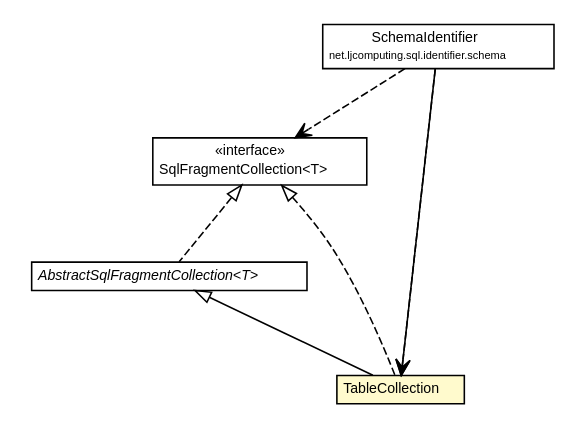
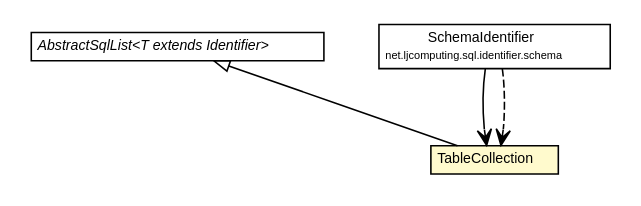
The diagram in docs/javadoc/apidocs/net/ljcomputing/sql/collection/TableCollection.dot (willmorejg/net.ljcomputing.sql), drawn with Graphviz before and after one commit. The commit also changed 195 other files, not shown here.

```diff
--- a/docs/javadoc/apidocs/net/ljcomputing/sql/collection/TableCollection.dot
+++ b/docs/javadoc/apidocs/net/ljcomputing/sql/collection/TableCollection.dot
@@ -1,50 +1,37 @@
 #!/usr/local/bin/dot
 #
 # Class diagram 
 # Generated by UMLGraph version R5_6 (http://www.umlgraph.org/)
 #
 
 digraph G {
 	edge [fontname="Helvetica",fontsize=10,labelfontname="Helvetica",labelfontsize=10];
 	node [fontname="Helvetica",fontsize=10,shape=plaintext];
 	nodesep=0.25;
 	ranksep=0.5;
-	// net.ljcomputing.sql.collection.AbstractSqlFragmentCollection<T>
-	c1133 [label=<<table title="net.ljcomputing.sql.collection.AbstractSqlFragmentCollection" border="0" cellborder="1" cellspacing="0" cellpadding="2" port="p" href="./AbstractSqlFragmentCollection.html">
+	// net.ljcomputing.sql.collection.AbstractSqlList<T extends net.ljcomputing.sql.identifier.Identifier>
+	c925 [label=<<table title="net.ljcomputing.sql.collection.AbstractSqlList" border="0" cellborder="1" cellspacing="0" cellpadding="2" port="p" href="./AbstractSqlList.html">
 		<tr><td><table border="0" cellspacing="0" cellpadding="1">
-<tr><td align="center" balign="center"><font face="Helvetica-Oblique"> AbstractSqlFragmentCollection&lt;T&gt; </font></td></tr>
+<tr><td align="center" balign="center"><font face="Helvetica-Oblique"> AbstractSqlList&lt;T extends Identifier&gt; </font></td></tr>
 		</table></td></tr>
-		</table>>, URL="./AbstractSqlFragmentCollection.html", fontname="Helvetica", fontcolor="black", fontsize=9.0];
-	// net.ljcomputing.sql.collection.SqlFragmentCollection<T>
-	c1136 [label=<<table title="net.ljcomputing.sql.collection.SqlFragmentCollection" border="0" cellborder="1" cellspacing="0" cellpadding="2" port="p" href="./SqlFragmentCollection.html">
-		<tr><td><table border="0" cellspacing="0" cellpadding="1">
-<tr><td align="center" balign="center"> &#171;interface&#187; </td></tr>
-<tr><td align="center" balign="center"> SqlFragmentCollection&lt;T&gt; </td></tr>
-		</table></td></tr>
-		</table>>, URL="./SqlFragmentCollection.html", fontname="Helvetica", fontcolor="black", fontsize=9.0];
+		</table>>, URL="./AbstractSqlList.html", fontname="Helvetica", fontcolor="black", fontsize=9.0];
 	// net.ljcomputing.sql.collection.TableCollection
-	c1139 [label=<<table title="net.ljcomputing.sql.collection.TableCollection" border="0" cellborder="1" cellspacing="0" cellpadding="2" port="p" bgcolor="lemonChiffon" href="./TableCollection.html">
+	c930 [label=<<table title="net.ljcomputing.sql.collection.TableCollection" border="0" cellborder="1" cellspacing="0" cellpadding="2" port="p" bgcolor="lemonChiffon" href="./TableCollection.html">
 		<tr><td><table border="0" cellspacing="0" cellpadding="1">
 <tr><td align="center" balign="center"> TableCollection </td></tr>
 		</table></td></tr>
 		</table>>, URL="./TableCollection.html", fontname="Helvetica", fontcolor="black", fontsize=9.0];
 	// net.ljcomputing.sql.identifier.schema.SchemaIdentifier
-	c1141 [label=<<table title="net.ljcomputing.sql.identifier.schema.SchemaIdentifier" border="0" cellborder="1" cellspacing="0" cellpadding="2" port="p" href="../identifier/schema/SchemaIdentifier.html">
+	c931 [label=<<table title="net.ljcomputing.sql.identifier.schema.SchemaIdentifier" border="0" cellborder="1" cellspacing="0" cellpadding="2" port="p" href="../identifier/schema/SchemaIdentifier.html">
 		<tr><td><table border="0" cellspacing="0" cellpadding="1">
 <tr><td align="center" balign="center"> SchemaIdentifier </td></tr>
 <tr><td align="center" balign="center"><font point-size="7.0"> net.ljcomputing.sql.identifier.schema </font></td></tr>
 		</table></td></tr>
 		</table>>, URL="../identifier/schema/SchemaIdentifier.html", fontname="Helvetica", fontcolor="black", fontsize=9.0];
-	//net.ljcomputing.sql.collection.AbstractSqlFragmentCollection<T> implements net.ljcomputing.sql.collection.SqlFragmentCollection<T>
-	c1136:p -> c1133:p [dir=back,arrowtail=empty,style=dashed];
-	//net.ljcomputing.sql.collection.TableCollection extends net.ljcomputing.sql.collection.AbstractSqlFragmentCollection<net.ljcomputing.sql.identifier.table.TableIdentifier>
-	c1133:p -> c1139:p [dir=back,arrowtail=empty];
-	//net.ljcomputing.sql.collection.TableCollection implements net.ljcomputing.sql.collection.SqlFragmentCollection<T>
-	c1136:p -> c1139:p [dir=back,arrowtail=empty,style=dashed];
+	//net.ljcomputing.sql.collection.TableCollection extends net.ljcomputing.sql.collection.AbstractSqlList<net.ljcomputing.sql.identifier.table.TableIdentifier>
+	c925:p -> c930:p [dir=back,arrowtail=empty];
 	// net.ljcomputing.sql.identifier.schema.SchemaIdentifier NAVASSOC net.ljcomputing.sql.collection.TableCollection
-	c1141:p -> c1139:p [taillabel="", label="", headlabel="", fontname="Helvetica", fontcolor="black", fontsize=10.0, color="black", arrowhead=open];
+	c931:p -> c930:p [taillabel="", label="", headlabel="", fontname="Helvetica", fontcolor="black", fontsize=10.0, color="black", arrowhead=open];
 	// net.ljcomputing.sql.identifier.schema.SchemaIdentifier DEPEND net.ljcomputing.sql.collection.TableCollection
-	c1141:p -> c1139:p [taillabel="", label="", headlabel="", fontname="Helvetica", fontcolor="black", fontsize=10.0, color="black", arrowhead=open, style=dashed];
-	// net.ljcomputing.sql.identifier.schema.SchemaIdentifier DEPEND net.ljcomputing.sql.collection.SqlFragmentCollection<T>
-	c1141:p -> c1136:p [taillabel="", label="", headlabel="", fontname="Helvetica", fontcolor="black", fontsize=10.0, color="black", arrowhead=open, style=dashed];
+	c931:p -> c930:p [taillabel="", label="", headlabel="", fontname="Helvetica", fontcolor="black", fontsize=10.0, color="black", arrowhead=open, style=dashed];
 }
```
